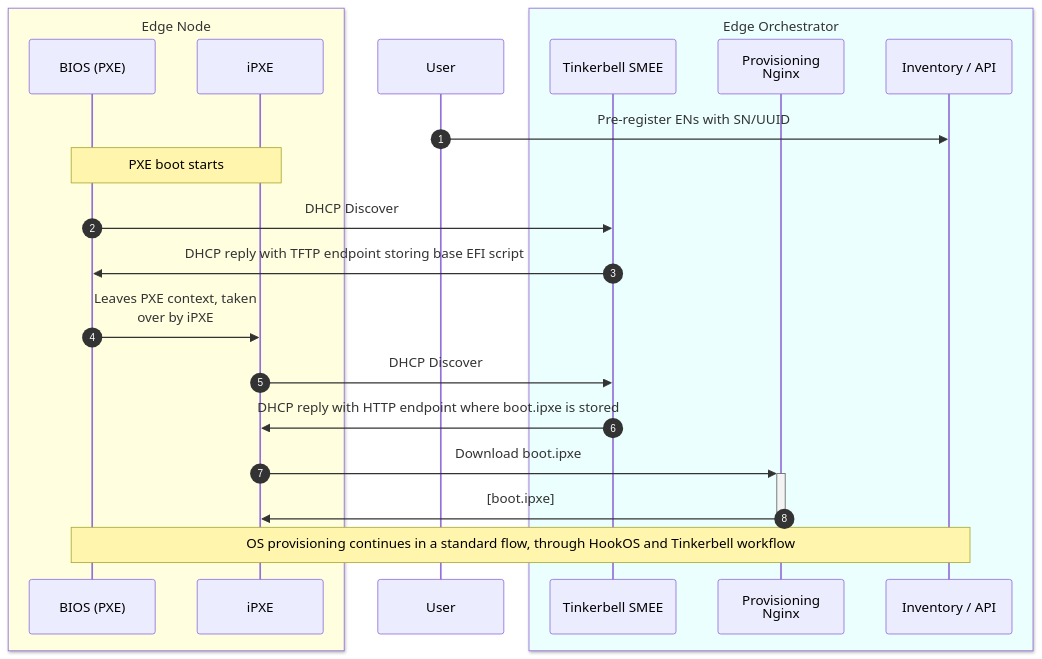
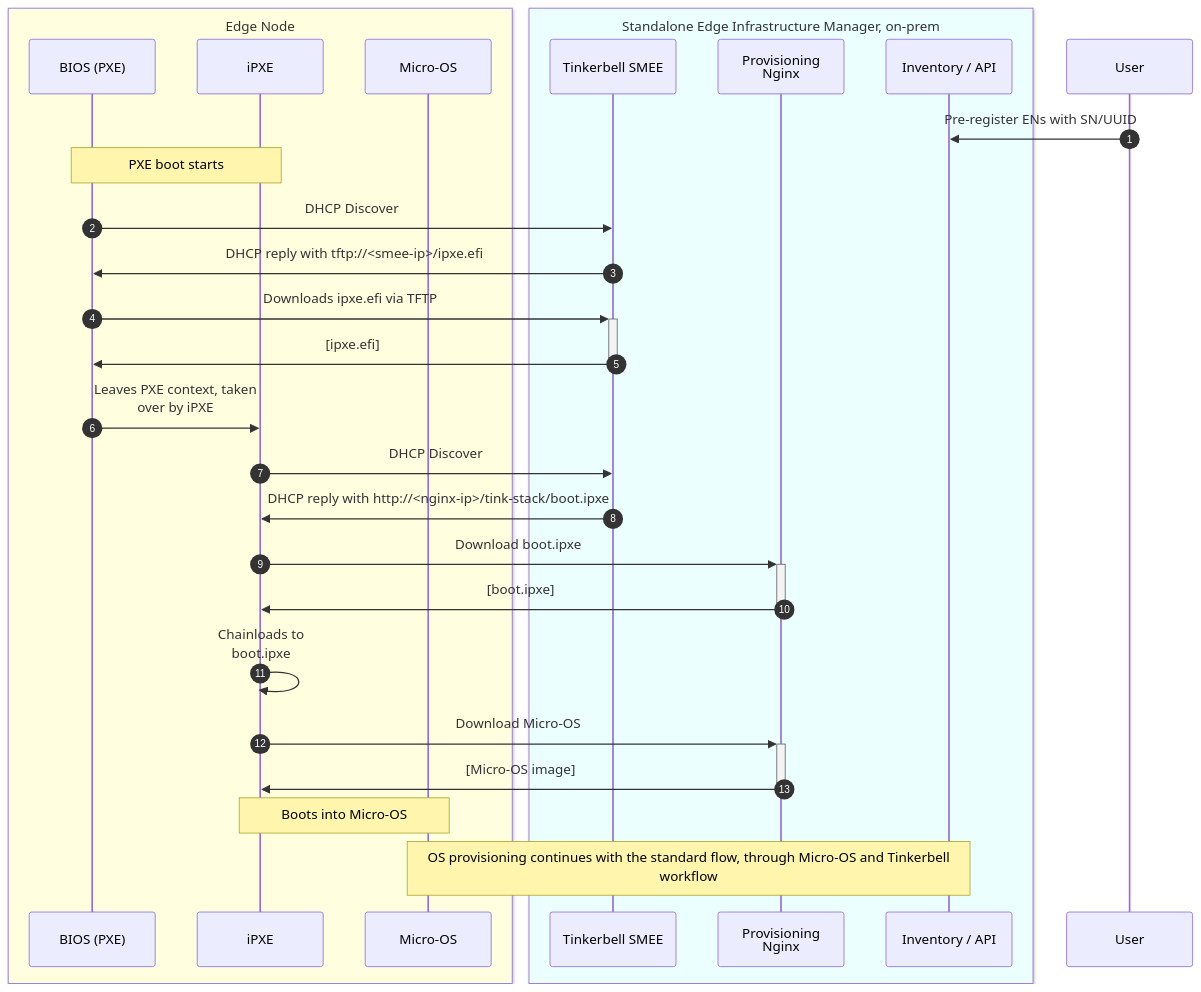
One commit to open-edge-platform/edge-manageability-framework changed the first of 2 diagrams in design-proposals/emts-scale-provisioning.md. Above: the diagram before and after it, drawn with Mermaid. The commit also changed other lines of this file, not shown here.

````diff
--- a/design-proposals/emts-scale-provisioning.md
+++ b/design-proposals/emts-scale-provisioning.md
@@ -86,30 +56,45 @@
 ```mermaid
 sequenceDiagram
 %%{wrap}%%
 autonumber
+
   box LightYellow Edge Node
   participant bios as BIOS (PXE)
   participant ipxe as iPXE
+  participant microos as Micro-OS
   end
-  participant user as User
-  box rgb(235,255,255) Edge Orchestrator
+
+  box rgb(235,255,255) Standalone Edge Infrastructure Manager, on-prem 
   participant smee as Tinkerbell SMEE
   participant pa as Provisioning Nginx
   participant inv as Inventory / API
   end
 
+  participant user as User
+
   user->>inv: Pre-register ENs with SN/UUID
   note over bios,ipxe: PXE boot starts
 
   bios->>smee: DHCP Discover
-  smee->>bios: DHCP reply with TFTP endpoint storing base EFI script
+  smee->>bios: DHCP reply with tftp://<smee-ip>/ipxe.efi
+
+  bios->>+smee: Downloads ipxe.efi via TFTP
+  smee->>-bios: [ipxe.efi]
 
   bios->>ipxe: Leaves PXE context, taken over by iPXE
+
   ipxe->>smee: DHCP Discover
-  smee->>ipxe: DHCP reply with HTTP endpoint where boot.ipxe is stored
+  smee->>ipxe: DHCP reply with http://<nginx-ip>/tink-stack/boot.ipxe
 
   ipxe->>+pa: Download boot.ipxe
   pa->>-ipxe: [boot.ipxe]
 
-  note over bios,inv: OS provisioning continues in a standard flow, through HookOS and Tinkerbell workflow
+  ipxe->>ipxe: Chainloads to boot.ipxe
+
+  ipxe->>+pa: Download Micro-OS
+  pa->>-ipxe: [Micro-OS image]
+
+  note over ipxe,microos: Boots into Micro-OS
+
+  note over microos,inv: OS provisioning continues with the standard flow, through Micro-OS and Tinkerbell workflow
 ```
````
